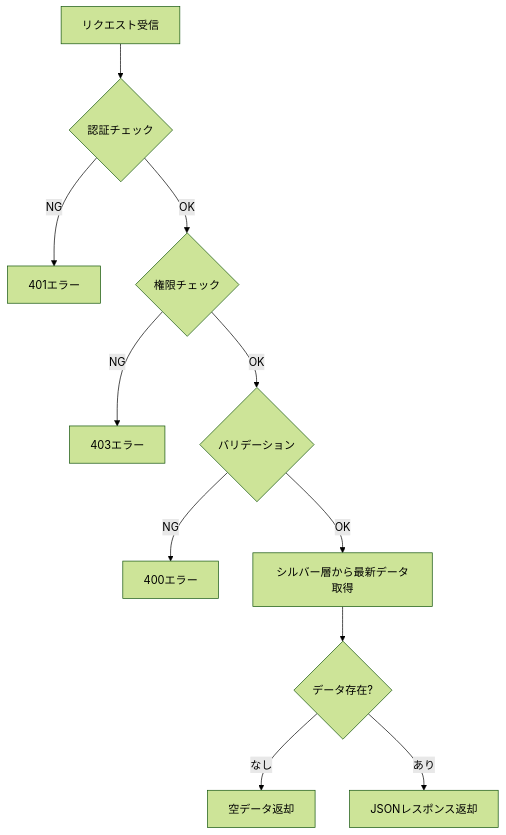
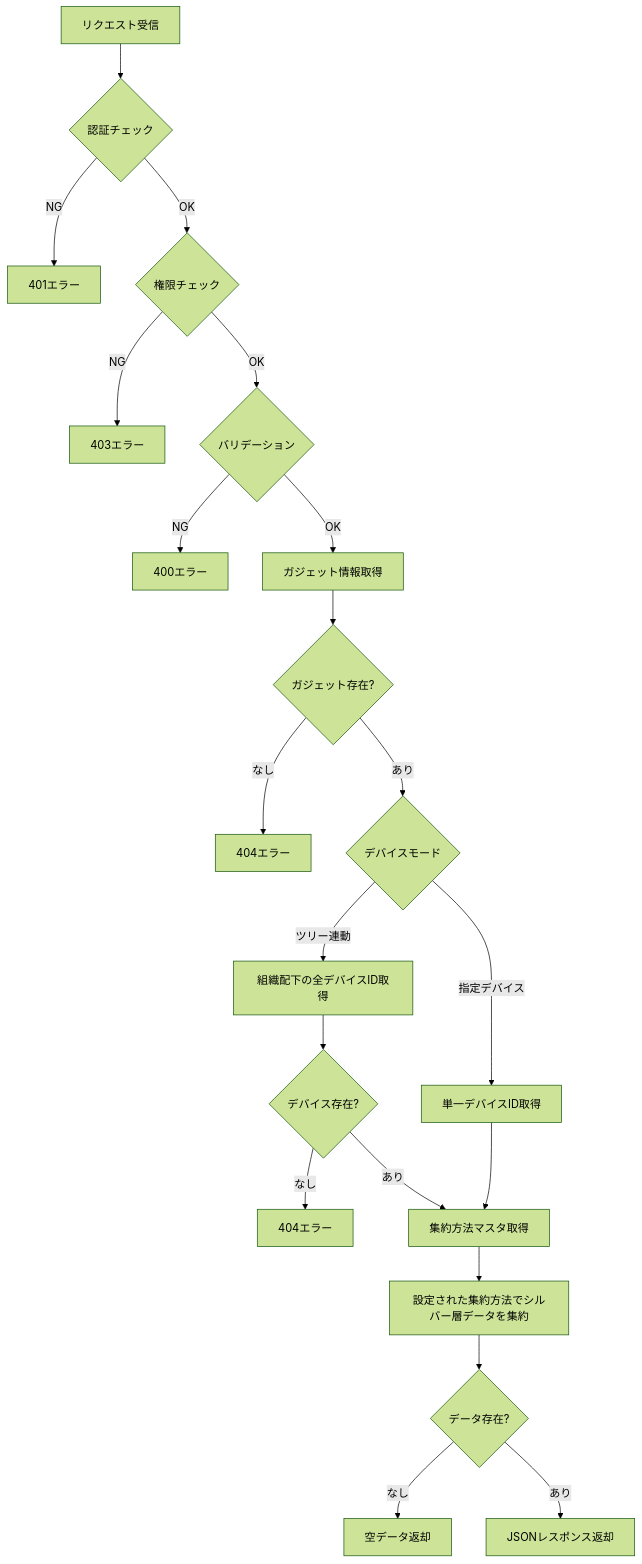
Before and after one commit to NSW-SVCP-AIWG002/Databricks-IoT: the third of 5 diagrams in docs/03-features/flask-app/dashboard-circle/workflow-specification.md, drawn with Mermaid (forest theme). The commit also changed other lines of this file and 2 other files, not shown here.

````diff
--- a/docs/03-features/flask-app/dashboard-circle/workflow-specification.md
+++ b/docs/03-features/flask-app/dashboard-circle/workflow-specification.md
@@ -181,13 +426,23 @@
 ```mermaid
 flowchart TD
     A[リクエスト受信] --> B{認証チェック}
     B -->|NG| C[401エラー]
     B -->|OK| D{権限チェック}
     D -->|NG| E[403エラー]
     D -->|OK| F{バリデーション}
     F -->|NG| G[400エラー]
-    F -->|OK| H[シルバー層から最新データ取得]
-    H --> I{データ存在?}
-    I -->|なし| J[空データ返却]
-    I -->|あり| K[JSONレスポンス返却]
+    F -->|OK| H[ガジェット情報取得]
+    H --> I{ガジェット存在?}
+    I -->|なし| J[404エラー]
+    I -->|あり| K{デバイスモード}
+    K -->|指定デバイス| L[単一デバイスID取得]
+    K -->|ツリー連動| M[組織配下の全デバイスID取得]
+    M --> N{デバイス存在?}
+    N -->|なし| O[404エラー]
+    N -->|あり| P[集約方法マスタ取得]
+    L --> P
+    P --> Q[設定された集約方法でシルバー層データを集約]
+    Q --> R{データ存在?}
+    R -->|なし| S[空データ返却]
+    R -->|あり| T[JSONレスポンス返却]
 ```
````
